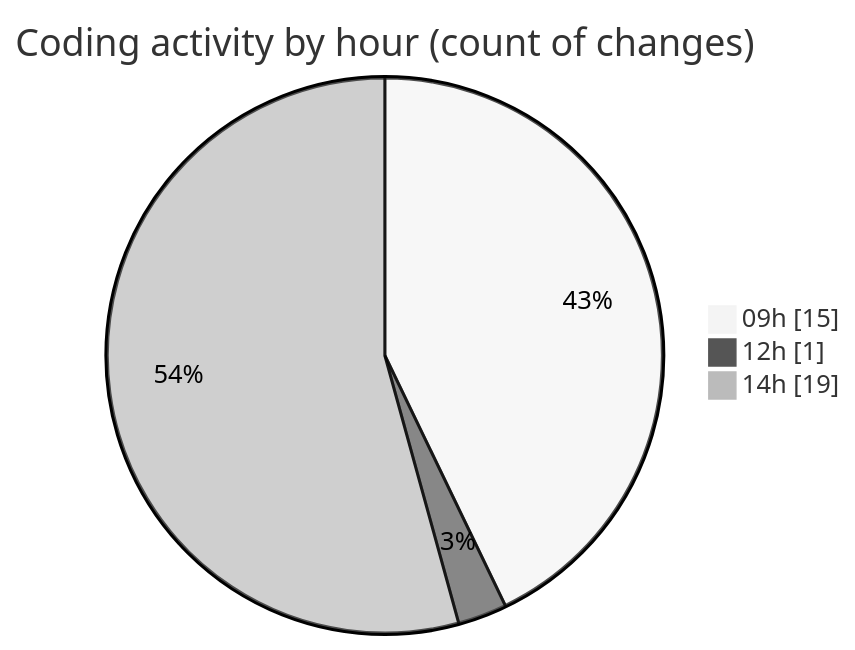
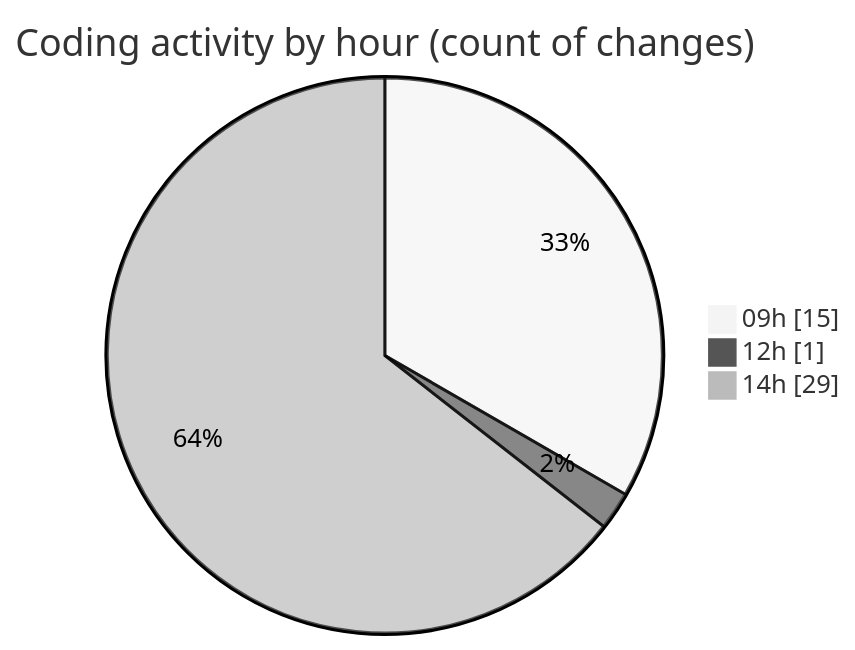
The second of 2 diagrams in 2026-09-08/cda/README.md (momahboobian/code-tracking), drawn with Mermaid (neutral theme) before and after one commit. The commit also changed other lines of this file and 1 other file, not shown here.

````diff
--- a/2026-09-08/cda/README.md
+++ b/2026-09-08/cda/README.md
@@ -58,7 +61,7 @@
 ```mermaid
 pie showData
 title Coding activity by hour (count of changes)
 "09h" : 15
 "12h" : 1
-"14h" : 19
+"14h" : 29
 ```
````
